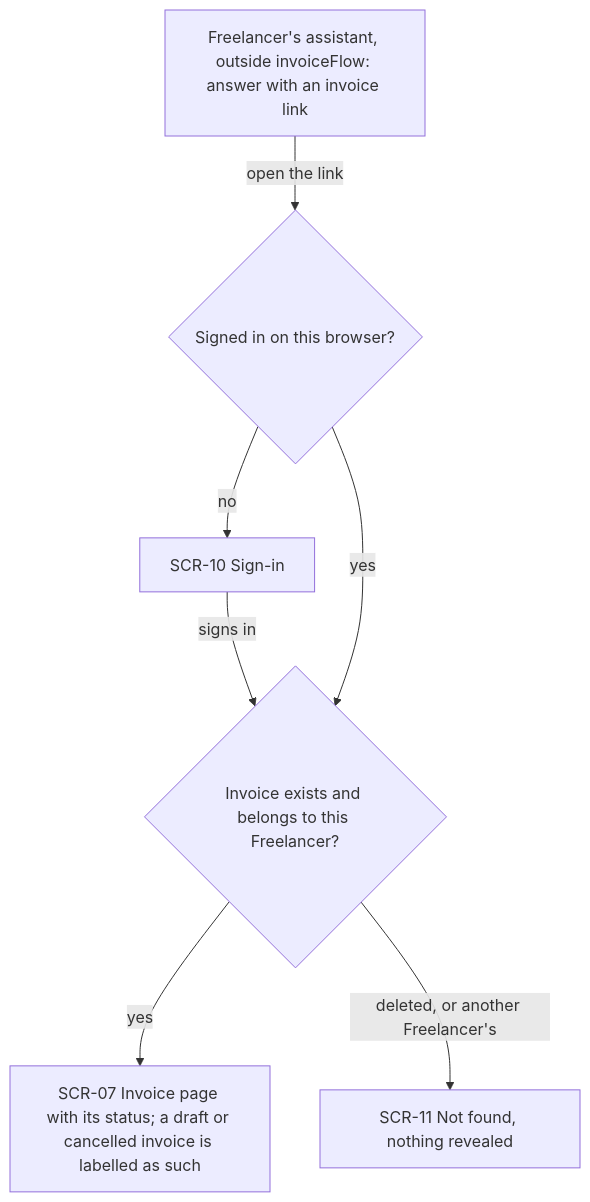
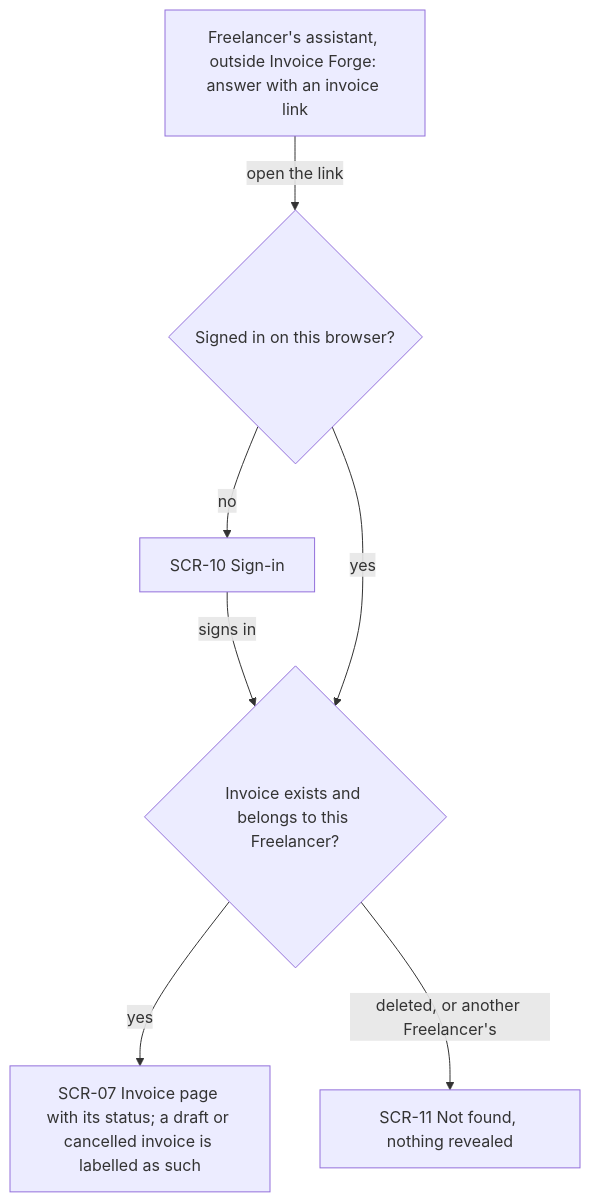
The third of 6 diagrams in docs/features/mcp-server/ux-flows.md (GopkoDev/invoiceForge), drawn with Mermaid before and after one commit. The commit also changed other lines of this file and 50 other files, not shown here.

First line of the commit message:
fix: mcp-server use the product name Invoice Forge instead of invoiceFlow

````diff
--- a/docs/features/mcp-server/ux-flows.md
+++ b/docs/features/mcp-server/ux-flows.md
@@ -94,9 +94,9 @@
 ```mermaid
 flowchart TD
-    C0["Freelancer's assistant, outside invoiceFlow: answer with an invoice link"] -->|open the link| C1{"Signed in on this browser?"}
+    C0["Freelancer's assistant, outside Invoice Forge: answer with an invoice link"] -->|open the link| C1{"Signed in on this browser?"}
     C1 -->|no| C2["SCR-10 Sign-in"]
     C2 -->|signs in| C3{"Invoice exists and belongs to this Freelancer?"}
     C1 -->|yes| C3
     C3 -->|yes| C4["SCR-07 Invoice page with its status; a draft or cancelled invoice is labelled as such"]
     C3 -->|deleted, or another Freelancer's| C5["SCR-11 Not found, nothing revealed"]
 ```
````
